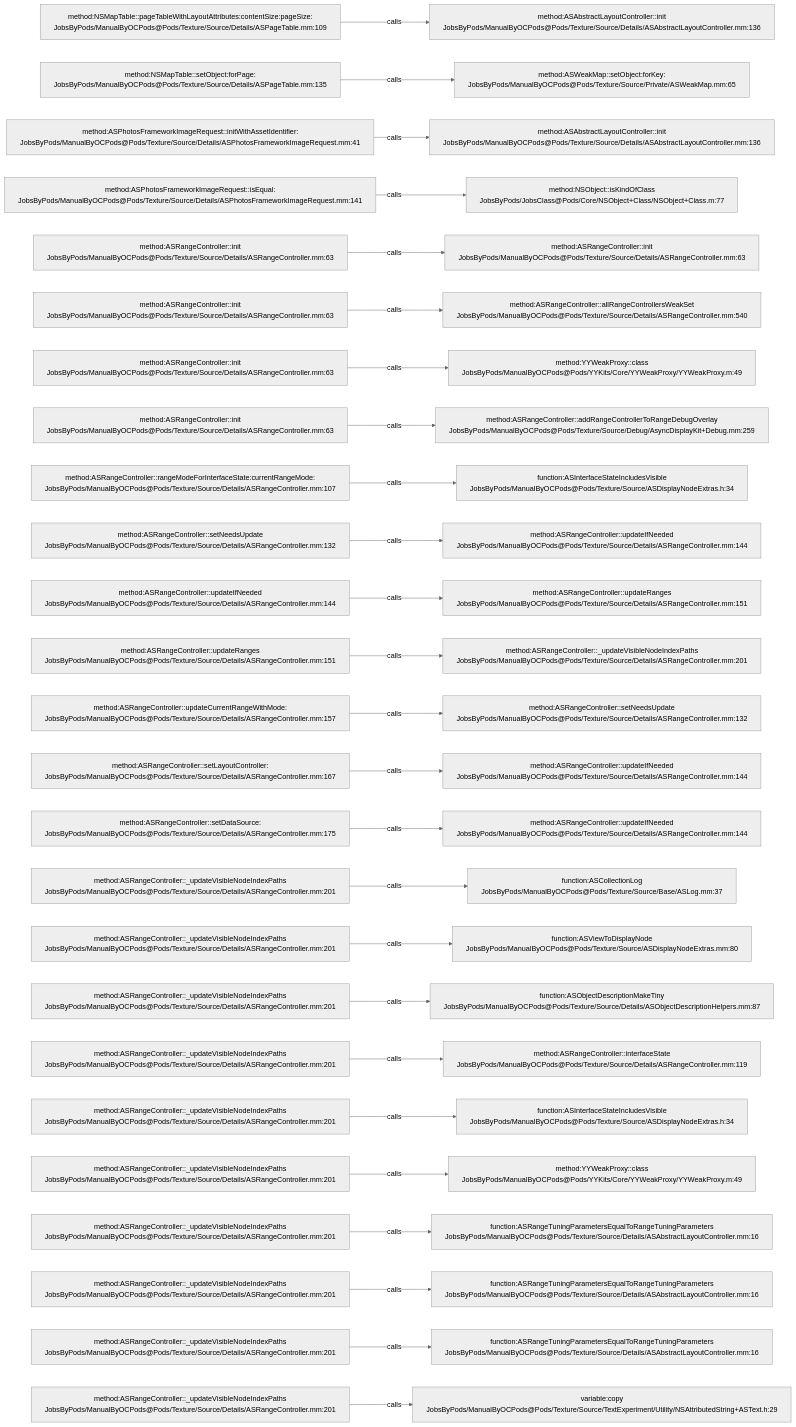
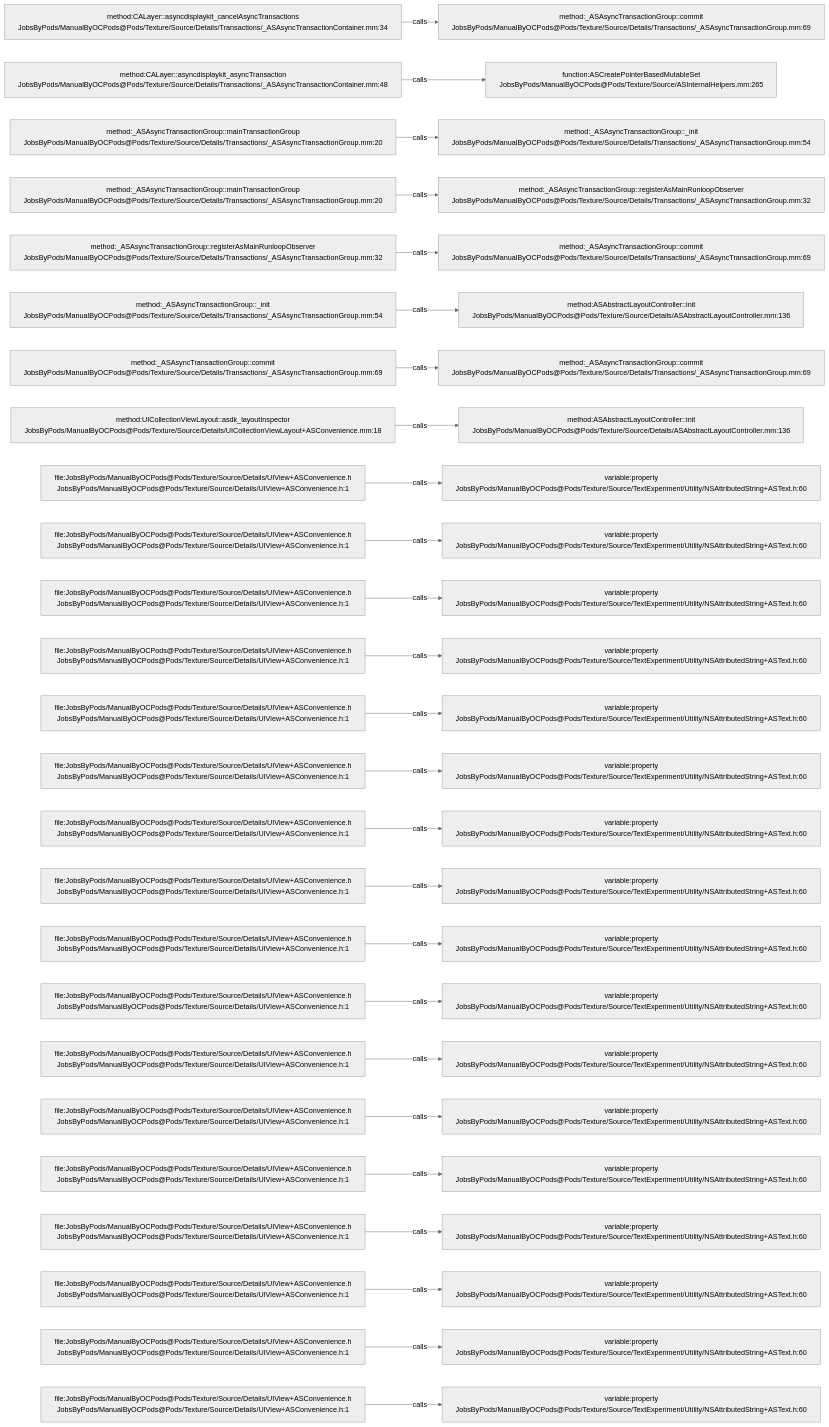
The diagram in .codegraph/codegraph.md/graphs/calls-161.md (JobsKits/JobsOCBaseConfigDemo), drawn with Mermaid (neutral theme) before and after one commit. The commit also changed 1448 other files, not shown here.

````diff
--- a/.codegraph/codegraph.md/graphs/calls-161.md
+++ b/.codegraph/codegraph.md/graphs/calls-161.md
@@ -13,78 +13,78 @@
 ```mermaid
 flowchart LR
-  S1["method:NSMapTable::pageTableWithLayoutAttributes:contentSize:pageSize:<br/>JobsByPods/ManualByOCPods@Pods/Texture/Source/Details/ASPageTable.mm:109"]
-  T1["method:ASAbstractLayoutController::init<br/>JobsByPods/ManualByOCPods@Pods/Texture/Source/Details/ASAbstractLayoutController.mm:136"]
+  S1["method:CALayer::asyncdisplaykit_cancelAsyncTransactions<br/>JobsByPods/ManualByOCPods@Pods/Texture/Source/Details/Transactions/_ASAsyncTransactionContainer.mm:34"]
+  T1["method:_ASAsyncTransactionGroup::commit<br/>JobsByPods/ManualByOCPods@Pods/Texture/Source/Details/Transactions/_ASAsyncTransactionGroup.mm:69"]
   S1 -->|calls| T1
-  S2["method:NSMapTable::setObject:forPage:<br/>JobsByPods/ManualByOCPods@Pods/Texture/Source/Details/ASPageTable.mm:135"]
-  T2["method:ASWeakMap::setObject:forKey:<br/>JobsByPods/ManualByOCPods@Pods/Texture/Source/Private/ASWeakMap.mm:65"]
+  S2["method:CALayer::asyncdisplaykit_asyncTransaction<br/>JobsByPods/ManualByOCPods@Pods/Texture/Source/Details/Transactions/_ASAsyncTransactionContainer.mm:48"]
+  T2["function:ASCreatePointerBasedMutableSet<br/>JobsByPods/ManualByOCPods@Pods/Texture/Source/ASInternalHelpers.mm:265"]
   S2 -->|calls| T2
-  S3["method:ASPhotosFrameworkImageRequest::initWithAssetIdentifier:<br/>JobsByPods/ManualByOCPods@Pods/Texture/Source/Details/ASPhotosFrameworkImageRequest.mm:41"]
-  T3["method:ASAbstractLayoutController::init<br/>JobsByPods/ManualByOCPods@Pods/Texture/Source/Details/ASAbstractLayoutController.mm:136"]
+  S3["method:_ASAsyncTransactionGroup::mainTransactionGroup<br/>JobsByPods/ManualByOCPods@Pods/Texture/Source/Details/Transactions/_ASAsyncTransactionGroup.mm:20"]
+  T3["method:_ASAsyncTransactionGroup::_init<br/>JobsByPods/ManualByOCPods@Pods/Texture/Source/Details/Transactions/_ASAsyncTransactionGroup.mm:54"]
   S3 -->|calls| T3
-  S4["method:ASPhotosFrameworkImageRequest::isEqual:<br/>JobsByPods/ManualByOCPods@Pods/Texture/Source/Details/ASPhotosFrameworkImageRequest.mm:141"]
-  T4["method:NSObject::isKindOfClass<br/>JobsByPods/JobsClass@Pods/Core/NSObject+Class/NSObject+Class.m:77"]
+  S4["method:_ASAsyncTransactionGroup::mainTransactionGroup<br/>JobsByPods/ManualByOCPods@Pods/Texture/Source/Details/Transactions/_ASAsyncTransactionGroup.mm:20"]
+  T4["method:_ASAsyncTransactionGroup::registerAsMainRunloopObserver<br/>JobsByPods/ManualByOCPods@Pods/Texture/Source/Details/Transactions/_ASAsyncTransactionGroup.mm:32"]
   S4 -->|calls| T4
-  S5["method:ASRangeController::init<br/>JobsByPods/ManualByOCPods@Pods/Texture/Source/Details/ASRangeController.mm:63"]
-  T5["method:ASRangeController::init<br/>JobsByPods/ManualByOCPods@Pods/Texture/Source/Details/ASRangeController.mm:63"]
+  S5["method:_ASAsyncTransactionGroup::registerAsMainRunloopObserver<br/>JobsByPods/ManualByOCPods@Pods/Texture/Source/Details/Transactions/_ASAsyncTransactionGroup.mm:32"]
+  T5["method:_ASAsyncTransactionGroup::commit<br/>JobsByPods/ManualByOCPods@Pods/Texture/Source/Details/Transactions/_ASAsyncTransactionGroup.mm:69"]
   S5 -->|calls| T5
-  S6["method:ASRangeController::init<br/>JobsByPods/ManualByOCPods@Pods/Texture/Source/Details/ASRangeController.mm:63"]
-  T6["method:ASRangeController::allRangeControllersWeakSet<br/>JobsByPods/ManualByOCPods@Pods/Texture/Source/Details/ASRangeController.mm:540"]
+  S6["method:_ASAsyncTransactionGroup::_init<br/>JobsByPods/ManualByOCPods@Pods/Texture/Source/Details/Transactions/_ASAsyncTransactionGroup.mm:54"]
+  T6["method:ASAbstractLayoutController::init<br/>JobsByPods/ManualByOCPods@Pods/Texture/Source/Details/ASAbstractLayoutController.mm:136"]
   S6 -->|calls| T6
-  S7["method:ASRangeController::init<br/>JobsByPods/ManualByOCPods@Pods/Texture/Source/Details/ASRangeController.mm:63"]
-  T7["method:YYWeakProxy::class<br/>JobsByPods/ManualByOCPods@Pods/YYKits/Core/YYWeakProxy/YYWeakProxy.m:49"]
+  S7["method:_ASAsyncTransactionGroup::commit<br/>JobsByPods/ManualByOCPods@Pods/Texture/Source/Details/Transactions/_ASAsyncTransactionGroup.mm:69"]
+  T7["method:_ASAsyncTransactionGroup::commit<br/>JobsByPods/ManualByOCPods@Pods/Texture/Source/Details/Transactions/_ASAsyncTransactionGroup.mm:69"]
   S7 -->|calls| T7
-  S8["method:ASRangeController::init<br/>JobsByPods/ManualByOCPods@Pods/Texture/Source/Details/ASRangeController.mm:63"]
-  T8["method:ASRangeController::addRangeControllerToRangeDebugOverlay<br/>JobsByPods/ManualByOCPods@Pods/Texture/Source/Debug/AsyncDisplayKit+Debug.mm:259"]
+  S8["method:UICollectionViewLayout::asdk_layoutInspector<br/>JobsByPods/ManualByOCPods@Pods/Texture/Source/Details/UICollectionViewLayout+ASConvenience.mm:18"]
+  T8["method:ASAbstractLayoutController::init<br/>JobsByPods/ManualByOCPods@Pods/Texture/Source/Details/ASAbstractLayoutController.mm:136"]
   S8 -->|calls| T8
-  S9["method:ASRangeController::rangeModeForInterfaceState:currentRangeMode:<br/>JobsByPods/ManualByOCPods@Pods/Texture/Source/Details/ASRangeController.mm:107"]
-  T9["function:ASInterfaceStateIncludesVisible<br/>JobsByPods/ManualByOCPods@Pods/Texture/Source/ASDisplayNodeExtras.h:34"]
+  S9["file:JobsByPods/ManualByOCPods@Pods/Texture/Source/Details/UIView+ASConvenience.h<br/>JobsByPods/ManualByOCPods@Pods/Texture/Source/Details/UIView+ASConvenience.h:1"]
+  T9["variable:property<br/>JobsByPods/ManualByOCPods@Pods/Texture/Source/TextExperiment/Utility/NSAttributedString+ASText.h:60"]
   S9 -->|calls| T9
-  S10["method:ASRangeController::setNeedsUpdate<br/>JobsByPods/ManualByOCPods@Pods/Texture/Source/Details/ASRangeController.mm:132"]
-  T10["method:ASRangeController::updateIfNeeded<br/>JobsByPods/ManualByOCPods@Pods/Texture/Source/Details/ASRangeController.mm:144"]
+  S10["file:JobsByPods/ManualByOCPods@Pods/Texture/Source/Details/UIView+ASConvenience.h<br/>JobsByPods/ManualByOCPods@Pods/Texture/Source/Details/UIView+ASConvenience.h:1"]
+  T10["variable:property<br/>JobsByPods/ManualByOCPods@Pods/Texture/Source/TextExperiment/Utility/NSAttributedString+ASText.h:60"]
   S10 -->|calls| T10
-  S11["method:ASRangeController::updateIfNeeded<br/>JobsByPods/ManualByOCPods@Pods/Texture/Source/Details/ASRangeController.mm:144"]
-  T11["method:ASRangeController::updateRanges<br/>JobsByPods/ManualByOCPods@Pods/Texture/Source/Details/ASRangeController.mm:151"]
+  S11["file:JobsByPods/ManualByOCPods@Pods/Texture/Source/Details/UIView+ASConvenience.h<br/>JobsByPods/ManualByOCPods@Pods/Texture/Source/Details/UIView+ASConvenience.h:1"]
+  T11["variable:property<br/>JobsByPods/ManualByOCPods@Pods/Texture/Source/TextExperiment/Utility/NSAttributedString+ASText.h:60"]
   S11 -->|calls| T11
-  S12["method:ASRangeController::updateRanges<br/>JobsByPods/ManualByOCPods@Pods/Texture/Source/Details/ASRangeController.mm:151"]
-  T12["method:ASRangeController::_updateVisibleNodeIndexPaths<br/>JobsByPods/ManualByOCPods@Pods/Texture/Source/Details/ASRangeController.mm:201"]
+  S12["file:JobsByPods/ManualByOCPods@Pods/Texture/Source/Details/UIView+ASConvenience.h<br/>JobsByPods/ManualByOCPods@Pods/Texture/Source/Details/UIView+ASConvenience.h:1"]
+  T12["variable:property<br/>JobsByPods/ManualByOCPods@Pods/Texture/Source/TextExperiment/Utility/NSAttributedString+ASText.h:60"]
   S12 -->|calls| T12
-  S13["method:ASRangeController::updateCurrentRangeWithMode:<br/>JobsByPods/ManualByOCPods@Pods/Texture/Source/Details/ASRangeController.mm:157"]
-  T13["method:ASRangeController::setNeedsUpdate<br/>JobsByPods/ManualByOCPods@Pods/Texture/Source/Details/ASRangeController.mm:132"]
+  S13["file:JobsByPods/ManualByOCPods@Pods/Texture/Source/Details/UIView+ASConvenience.h<br/>JobsByPods/ManualByOCPods@Pods/Texture/Source/Details/UIView+ASConvenience.h:1"]
+  T13["variable:property<br/>JobsByPods/ManualByOCPods@Pods/Texture/Source/TextExperiment/Utility/NSAttributedString+ASText.h:60"]
   S13 -->|calls| T13
-  S14["method:ASRangeController::setLayoutController:<br/>JobsByPods/ManualByOCPods@Pods/Texture/Source/Details/ASRangeController.mm:167"]
-  T14["method:ASRangeController::updateIfNeeded<br/>JobsByPods/ManualByOCPods@Pods/Texture/Source/Details/ASRangeController.mm:144"]
+  S14["file:JobsByPods/ManualByOCPods@Pods/Texture/Source/Details/UIView+ASConvenience.h<br/>JobsByPods/ManualByOCPods@Pods/Texture/Source/Details/UIView+ASConvenience.h:1"]
+  T14["variable:property<br/>JobsByPods/ManualByOCPods@Pods/Texture/Source/TextExperiment/Utility/NSAttributedString+ASText.h:60"]
   S14 -->|calls| T14
-  S15["method:ASRangeController::setDataSource:<br/>JobsByPods/ManualByOCPods@Pods/Texture/Source/Details/ASRangeController.mm:175"]
-  T15["method:ASRangeController::updateIfNeeded<br/>JobsByPods/ManualByOCPods@Pods/Texture/Source/Details/ASRangeController.mm:144"]
+  S15["file:JobsByPods/ManualByOCPods@Pods/Texture/Source/Details/UIView+ASConvenience.h<br/>JobsByPods/ManualByOCPods@Pods/Texture/Source/Details/UIView+ASConvenience.h:1"]
+  T15["variable:property<br/>JobsByPods/ManualByOCPods@Pods/Texture/Source/TextExperiment/Utility/NSAttributedString+ASText.h:60"]
   S15 -->|calls| T15
-  S16["method:ASRangeController::_updateVisibleNodeIndexPaths<br/>JobsByPods/ManualByOCPods@Pods/Texture/Source/Details/ASRangeController.mm:201"]
-  T16["function:ASCollectionLog<br/>JobsByPods/ManualByOCPods@Pods/Texture/Source/Base/ASLog.mm:37"]
+  S16["file:JobsByPods/ManualByOCPods@Pods/Texture/Source/Details/UIView+ASConvenience.h<br/>JobsByPods/ManualByOCPods@Pods/Texture/Source/Details/UIView+ASConvenience.h:1"]
+  T16["variable:property<br/>JobsByPods/ManualByOCPods@Pods/Texture/Source/TextExperiment/Utility/NSAttributedString+ASText.h:60"]
   S16 -->|calls| T16
-  S17["method:ASRangeController::_updateVisibleNodeIndexPaths<br/>JobsByPods/ManualByOCPods@Pods/Texture/Source/Details/ASRangeController.mm:201"]
-  T17["function:ASViewToDisplayNode<br/>JobsByPods/ManualByOCPods@Pods/Texture/Source/ASDisplayNodeExtras.mm:80"]
+  S17["file:JobsByPods/ManualByOCPods@Pods/Texture/Source/Details/UIView+ASConvenience.h<br/>JobsByPods/ManualByOCPods@Pods/Texture/Source/Details/UIView+ASConvenience.h:1"]
+  T17["variable:property<br/>JobsByPods/ManualByOCPods@Pods/Texture/Source/TextExperiment/Utility/NSAttributedString+ASText.h:60"]
   S17 -->|calls| T17
-  S18["method:ASRangeController::_updateVisibleNodeIndexPaths<br/>JobsByPods/ManualByOCPods@Pods/Texture/Source/Details/ASRangeController.mm:201"]
-  T18["function:ASObjectDescriptionMakeTiny<br/>JobsByPods/ManualByOCPods@Pods/Texture/Source/Details/ASObjectDescriptionHelpers.mm:87"]
+  S18["file:JobsByPods/ManualByOCPods@Pods/Texture/Source/Details/UIView+ASConvenience.h<br/>JobsByPods/ManualByOCPods@Pods/Texture/Source/Details/UIView+ASConvenience.h:1"]
+  T18["variable:property<br/>JobsByPods/ManualByOCPods@Pods/Texture/Source/TextExperiment/Utility/NSAttributedString+ASText.h:60"]
   S18 -->|calls| T18
-  S19["method:ASRangeController::_updateVisibleNodeIndexPaths<br/>JobsByPods/ManualByOCPods@Pods/Texture/Source/Details/ASRangeController.mm:201"]
-  T19["method:ASRangeController::interfaceState<br/>JobsByPods/ManualByOCPods@Pods/Texture/Source/Details/ASRangeController.mm:119"]
+  S19["file:JobsByPods/ManualByOCPods@Pods/Texture/Source/Details/UIView+ASConvenience.h<br/>JobsByPods/ManualByOCPods@Pods/Texture/Source/Details/UIView+ASConvenience.h:1"]
+  T19["variable:property<br/>JobsByPods/ManualByOCPods@Pods/Texture/Source/TextExperiment/Utility/NSAttributedString+ASText.h:60"]
   S19 -->|calls| T19
-  S20["method:ASRangeController::_updateVisibleNodeIndexPaths<br/>JobsByPods/ManualByOCPods@Pods/Texture/Source/Details/ASRangeController.mm:201"]
-  T20["function:ASInterfaceStateIncludesVisible<br/>JobsByPods/ManualByOCPods@Pods/Texture/Source/ASDisplayNodeExtras.h:34"]
+  S20["file:JobsByPods/ManualByOCPods@Pods/Texture/Source/Details/UIView+ASConvenience.h<br/>JobsByPods/ManualByOCPods@Pods/Texture/Source/Details/UIView+ASConvenience.h:1"]
+  T20["variable:property<br/>JobsByPods/ManualByOCPods@Pods/Texture/Source/TextExperiment/Utility/NSAttributedString+ASText.h:60"]
   S20 -->|calls| T20
-  S21["method:ASRangeController::_updateVisibleNodeIndexPaths<br/>JobsByPods/ManualByOCPods@Pods/Texture/Source/Details/ASRangeController.mm:201"]
-  T21["method:YYWeakProxy::class<br/>JobsByPods/ManualByOCPods@Pods/YYKits/Core/YYWeakProxy/YYWeakProxy.m:49"]
+  S21["file:JobsByPods/ManualByOCPods@Pods/Texture/Source/Details/UIView+ASConvenience.h<br/>JobsByPods/ManualByOCPods@Pods/Texture/Source/Details/UIView+ASConvenience.h:1"]
+  T21["variable:property<br/>JobsByPods/ManualByOCPods@Pods/Texture/Source/TextExperiment/Utility/NSAttributedString+ASText.h:60"]
   S21 -->|calls| T21
-  S22["method:ASRangeController::_updateVisibleNodeIndexPaths<br/>JobsByPods/ManualByOCPods@Pods/Texture/Source/Details/ASRangeController.mm:201"]
-  T22["function:ASRangeTuningParametersEqualToRangeTuningParameters<br/>JobsByPods/ManualByOCPods@Pods/Texture/Source/Details/ASAbstractLayoutController.mm:16"]
+  S22["file:JobsByPods/ManualByOCPods@Pods/Texture/Source/Details/UIView+ASConvenience.h<br/>JobsByPods/ManualByOCPods@Pods/Texture/Source/Details/UIView+ASConvenience.h:1"]
+  T22["variable:property<br/>JobsByPods/ManualByOCPods@Pods/Texture/Source/TextExperiment/Utility/NSAttributedString+ASText.h:60"]
   S22 -->|calls| T22
-  S23["method:ASRangeController::_updateVisibleNodeIndexPaths<br/>JobsByPods/ManualByOCPods@Pods/Texture/Source/Details/ASRangeController.mm:201"]
-  T23["function:ASRangeTuningParametersEqualToRangeTuningParameters<br/>JobsByPods/ManualByOCPods@Pods/Texture/Source/Details/ASAbstractLayoutController.mm:16"]
+  S23["file:JobsByPods/ManualByOCPods@Pods/Texture/Source/Details/UIView+ASConvenience.h<br/>JobsByPods/ManualByOCPods@Pods/Texture/Source/Details/UIView+ASConvenience.h:1"]
+  T23["variable:property<br/>JobsByPods/ManualByOCPods@Pods/Texture/Source/TextExperiment/Utility/NSAttributedString+ASText.h:60"]
   S23 -->|calls| T23
-  S24["method:ASRangeController::_updateVisibleNodeIndexPaths<br/>JobsByPods/ManualByOCPods@Pods/Texture/Source/Details/ASRangeController.mm:201"]
-  T24["function:ASRangeTuningParametersEqualToRangeTuningParameters<br/>JobsByPods/ManualByOCPods@Pods/Texture/Source/Details/ASAbstractLayoutController.mm:16"]
+  S24["file:JobsByPods/ManualByOCPods@Pods/Texture/Source/Details/UIView+ASConvenience.h<br/>JobsByPods/ManualByOCPods@Pods/Texture/Source/Details/UIView+ASConvenience.h:1"]
+  T24["variable:property<br/>JobsByPods/ManualByOCPods@Pods/Texture/Source/TextExperiment/Utility/NSAttributedString+ASText.h:60"]
   S24 -->|calls| T24
-  S25["method:ASRangeController::_updateVisibleNodeIndexPaths<br/>JobsByPods/ManualByOCPods@Pods/Texture/Source/Details/ASRangeController.mm:201"]
-  T25["variable:copy<br/>JobsByPods/ManualByOCPods@Pods/Texture/Source/TextExperiment/Utility/NSAttributedString+ASText.h:29"]
+  S25["file:JobsByPods/ManualByOCPods@Pods/Texture/Source/Details/UIView+ASConvenience.h<br/>JobsByPods/ManualByOCPods@Pods/Texture/Source/Details/UIView+ASConvenience.h:1"]
+  T25["variable:property<br/>JobsByPods/ManualByOCPods@Pods/Texture/Source/TextExperiment/Utility/NSAttributedString+ASText.h:60"]
   S25 -->|calls| T25
 ```
````
